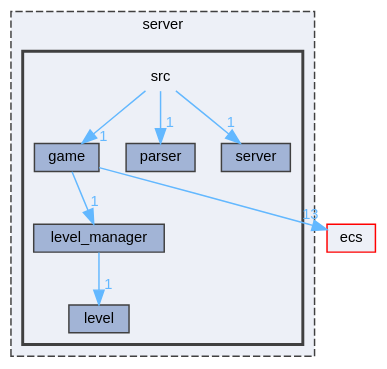
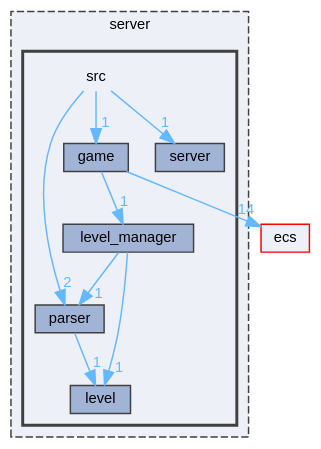
The diagram in dir_a063914ab482288b7b0e1b2fca86158c_dep.dot (Houpsi/R-Type), drawn with Graphviz before and after one commit. The commit also changed 279 other files, not shown here.

```diff
--- a/dir_a063914ab482288b7b0e1b2fca86158c_dep.dot
+++ b/dir_a063914ab482288b7b0e1b2fca86158c_dep.dot
@@ -1,27 +1,29 @@
 digraph "server/src"
 {
  // LATEX_PDF_SIZE
   bgcolor="transparent";
   edge [fontname=Helvetica,fontsize=10,labelfontname=Helvetica,labelfontsize=10];
   node [fontname=Helvetica,fontsize=10,shape=box,height=0.2,width=0.4];
   compound=true
   subgraph clusterdir_41e1742e44e2de38b3bc91f993fed282 {
     graph [ bgcolor="#edf0f7", pencolor="grey25", label="server", fontname=Helvetica,fontsize=10 style="filled,dashed", URL="dir_41e1742e44e2de38b3bc91f993fed282.html",tooltip=""]
   subgraph clusterdir_a063914ab482288b7b0e1b2fca86158c {
     graph [ bgcolor="#edf0f7", pencolor="grey25", label="", fontname=Helvetica,fontsize=10 style="filled,bold", URL="dir_a063914ab482288b7b0e1b2fca86158c.html",tooltip=""]
     dir_a063914ab482288b7b0e1b2fca86158c [shape=plaintext, label="src"];
   dir_e6b7ec297778ed9f03d97c98d106236d [label="game", fillcolor="#a2b4d6", color="grey25", style="filled", URL="dir_e6b7ec297778ed9f03d97c98d106236d.html",tooltip=""];
   dir_bb42df2f0e903765673454be575ec619 [label="level", fillcolor="#a2b4d6", color="grey25", style="filled", URL="dir_bb42df2f0e903765673454be575ec619.html",tooltip=""];
   dir_1a61ab1baf9342b4b0090bc39c8718b8 [label="level_manager", fillcolor="#a2b4d6", color="grey25", style="filled", URL="dir_1a61ab1baf9342b4b0090bc39c8718b8.html",tooltip=""];
   dir_0d2bd8aef9a1d5e03f22ed5477f85ed5 [label="parser", fillcolor="#a2b4d6", color="grey25", style="filled", URL="dir_0d2bd8aef9a1d5e03f22ed5477f85ed5.html",tooltip=""];
   dir_79d66a5bc5e2c314a2c5007d4cb52c17 [label="server", fillcolor="#a2b4d6", color="grey25", style="filled", URL="dir_79d66a5bc5e2c314a2c5007d4cb52c17.html",tooltip=""];
   }
   }
   dir_eafb92770fbc727220bdaa0b1292f771 [label="ecs", fillcolor="#edf0f7", color="red", style="filled", URL="dir_eafb92770fbc727220bdaa0b1292f771.html",tooltip=""];
-  dir_a063914ab482288b7b0e1b2fca86158c->dir_0d2bd8aef9a1d5e03f22ed5477f85ed5 [headlabel="1", labeldistance=1.5 headhref="dir_000009_000005.html" href="dir_000009_000005.html" color="steelblue1" fontcolor="steelblue1"];
+  dir_a063914ab482288b7b0e1b2fca86158c->dir_0d2bd8aef9a1d5e03f22ed5477f85ed5 [headlabel="2", labeldistance=1.5 headhref="dir_000009_000005.html" href="dir_000009_000005.html" color="steelblue1" fontcolor="steelblue1"];
   dir_a063914ab482288b7b0e1b2fca86158c->dir_79d66a5bc5e2c314a2c5007d4cb52c17 [headlabel="1", labeldistance=1.5 headhref="dir_000009_000007.html" href="dir_000009_000007.html" color="steelblue1" fontcolor="steelblue1"];
   dir_a063914ab482288b7b0e1b2fca86158c->dir_e6b7ec297778ed9f03d97c98d106236d [headlabel="1", labeldistance=1.5 headhref="dir_000009_000002.html" href="dir_000009_000002.html" color="steelblue1" fontcolor="steelblue1"];
   dir_e6b7ec297778ed9f03d97c98d106236d->dir_1a61ab1baf9342b4b0090bc39c8718b8 [headlabel="1", labeldistance=1.5 headhref="dir_000002_000004.html" href="dir_000002_000004.html" color="steelblue1" fontcolor="steelblue1"];
-  dir_e6b7ec297778ed9f03d97c98d106236d->dir_eafb92770fbc727220bdaa0b1292f771 [headlabel="13", labeldistance=1.5 headhref="dir_000002_000001.html" href="dir_000002_000001.html" color="steelblue1" fontcolor="steelblue1"];
+  dir_e6b7ec297778ed9f03d97c98d106236d->dir_eafb92770fbc727220bdaa0b1292f771 [headlabel="14", labeldistance=1.5 headhref="dir_000002_000001.html" href="dir_000002_000001.html" color="steelblue1" fontcolor="steelblue1"];
+  dir_1a61ab1baf9342b4b0090bc39c8718b8->dir_0d2bd8aef9a1d5e03f22ed5477f85ed5 [headlabel="1", labeldistance=1.5 headhref="dir_000004_000005.html" href="dir_000004_000005.html" color="steelblue1" fontcolor="steelblue1"];
   dir_1a61ab1baf9342b4b0090bc39c8718b8->dir_bb42df2f0e903765673454be575ec619 [headlabel="1", labeldistance=1.5 headhref="dir_000004_000003.html" href="dir_000004_000003.html" color="steelblue1" fontcolor="steelblue1"];
+  dir_0d2bd8aef9a1d5e03f22ed5477f85ed5->dir_bb42df2f0e903765673454be575ec619 [headlabel="1", labeldistance=1.5 headhref="dir_000005_000003.html" href="dir_000005_000003.html" color="steelblue1" fontcolor="steelblue1"];
 }
```
